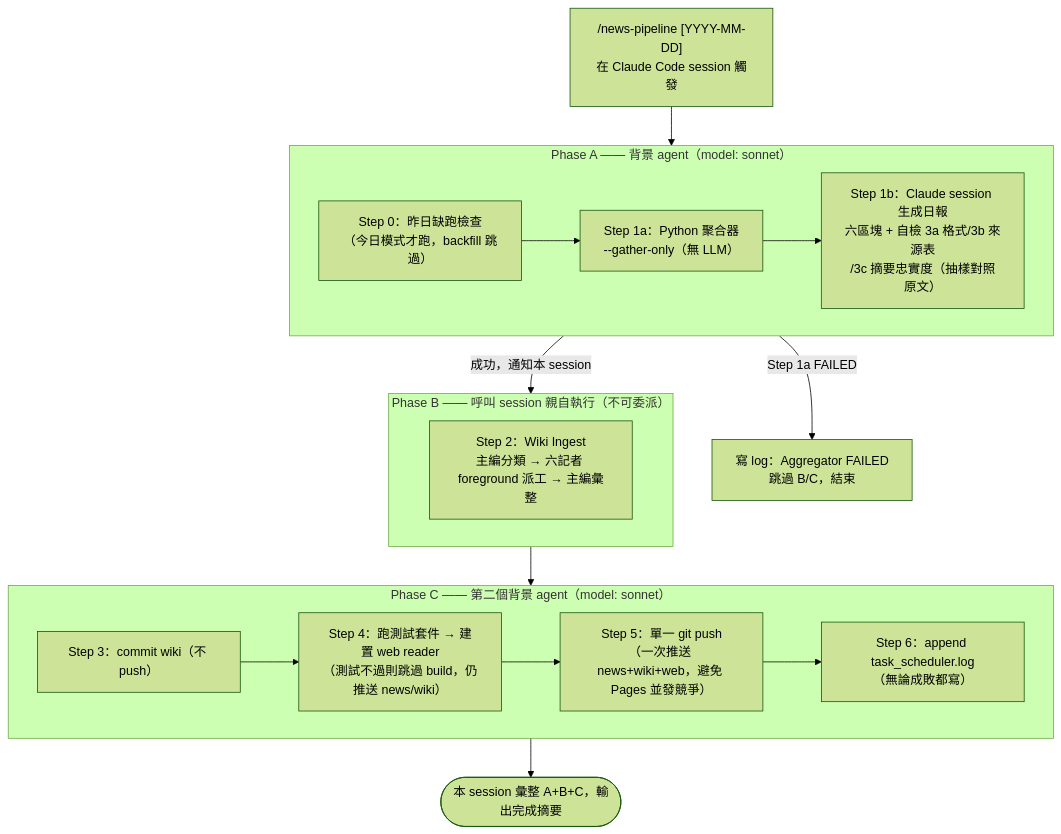
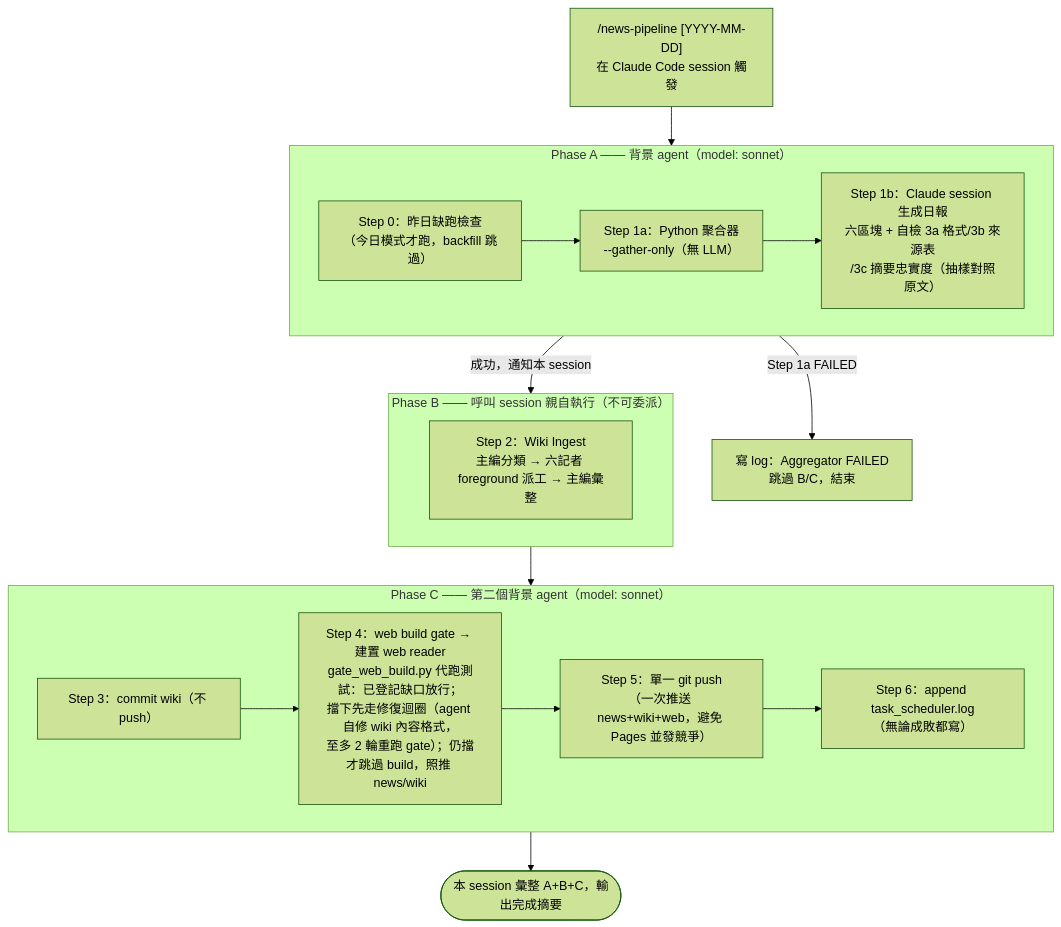
The first of 9 diagrams in src/DesignDocument/Design Diagram.md (mandy82477/claude-news), drawn with Mermaid (forest theme) before and after one commit. The commit also changed other lines of this file and 2 other files, not shown here.

First line of the commit message:
docs: 架構文件同步 web build gate 修復迴圈＋死鏈上 Actions＋/weekly 步驟 0

````diff
--- a/src/DesignDocument/Design Diagram.md
+++ b/src/DesignDocument/Design Diagram.md
@@ -18,30 +18,33 @@
 ```mermaid
 flowchart TD
     TRIG["/news-pipeline [YYYY-MM-DD]\n在 Claude Code session 觸發"] --> PA
 
     subgraph PA["Phase A —— 背景 agent（model: sonnet）"]
         S0["Step 0：昨日缺跑檢查\n（今日模式才跑，backfill 跳過）"]
         S1A["Step 1a：Python 聚合器\n--gather-only（無 LLM）"]
         S1B["Step 1b：Claude session 生成日報\n六區塊 + 自檢 3a 格式/3b 來源表\n/3c 摘要忠實度（抽樣對照原文）"]
         S0 --> S1A --> S1B
     end
 
     PA -->|Step 1a FAILED| STOP["寫 log：Aggregator FAILED\n跳過 B/C，結束"]
     PA -->|成功，通知本 session| PB
 
     subgraph PB["Phase B —— 呼叫 session 親自執行（不可委派）"]
         S2["Step 2：Wiki Ingest\n主編分類 → 六記者 foreground 派工 → 主編彙整"]
     end
 
     PB --> PC
 
     subgraph PC["Phase C —— 第二個背景 agent（model: sonnet）"]
         S3["Step 3：commit wiki（不 push）"]
-        S4["Step 4：跑測試套件 → 建置 web reader\n（測試不過則跳過 build，仍推送 news/wiki）"]
+        S4["Step 4：web build gate → 建置 web reader
+gate_web_build.py 代跑測試：已登記缺口放行；
+擋下先走修復迴圈（agent 自修 wiki 內容格式，
+至多 2 輪重跑 gate）；仍擋才跳過 build，照推 news/wiki"]
         S5["Step 5：單一 git push\n（一次推送 news+wiki+web，避免 Pages 並發競爭）"]
         S6["Step 6：append task_scheduler.log\n（無論成敗都寫）"]
         S3 --> S4 --> S5 --> S6
     end
 
     PC --> DONE(["本 session 彙整 A+B+C，輸出完成摘要"])
 ```
````
